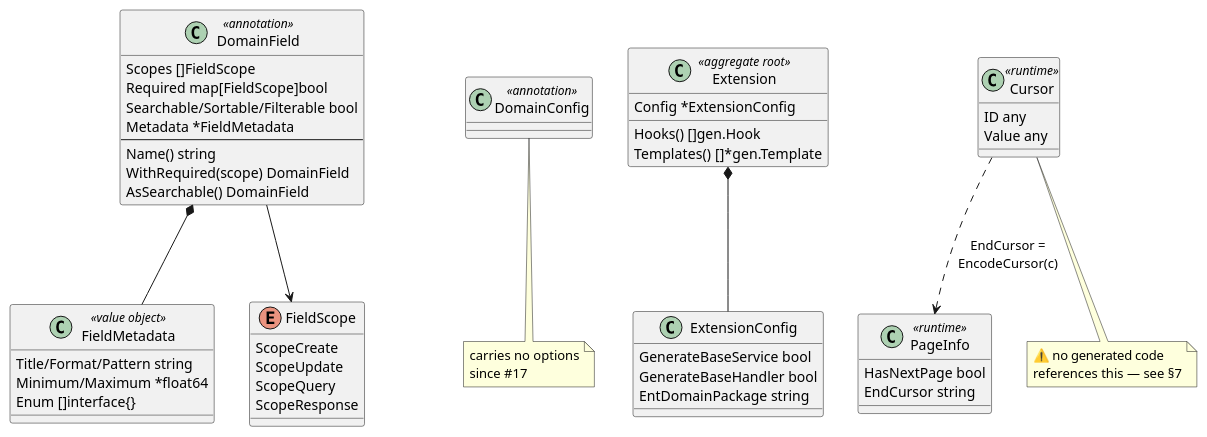
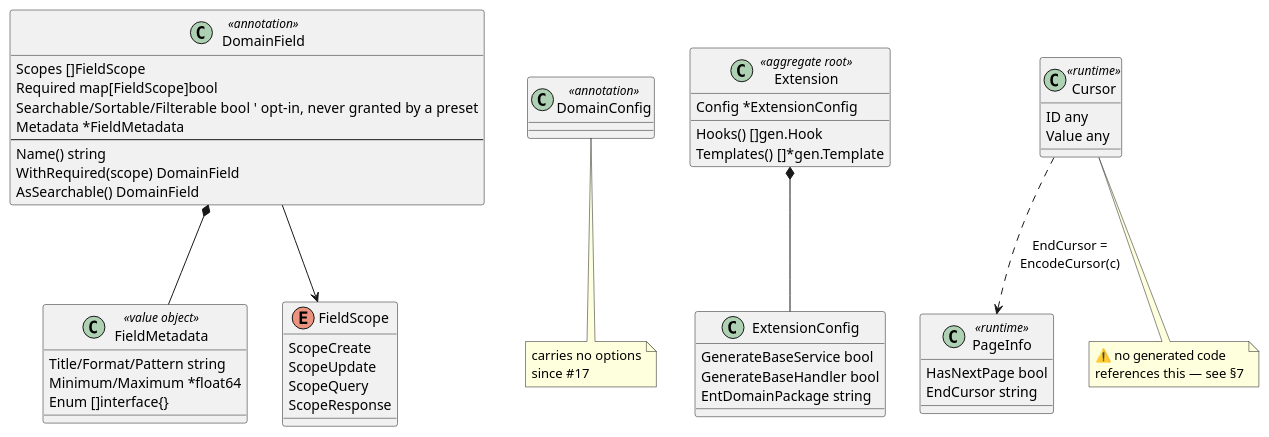
Before and after one commit to githonllc/entapi: the third of 5 diagrams in ARCHITECTURE.md, drawn with PlantUML. The commit also changed other lines of this file and 43 other files, not shown here.

````diff
--- a/ARCHITECTURE.md
+++ b/ARCHITECTURE.md
@@ -133,52 +133,52 @@
 ```plantuml
 @startuml
 skinparam classAttributeIconSize 0
 class DomainField <<annotation>> {
   Scopes []FieldScope
   Required map[FieldScope]bool
-  Searchable/Sortable/Filterable bool
+  Searchable/Sortable/Filterable bool  ' opt-in, never granted by a preset
   Metadata *FieldMetadata
   --
   Name() string
   WithRequired(scope) DomainField
   AsSearchable() DomainField
 }
 class FieldMetadata <<value object>> {
   Title/Format/Pattern string
   Minimum/Maximum *float64
   Enum []interface{}
 }
 enum FieldScope {
   ScopeCreate
   ScopeUpdate
   ScopeQuery
   ScopeResponse
 }
 class DomainConfig <<annotation>> {
 }
 note bottom of DomainConfig : carries no options\nsince #17
 class Extension <<aggregate root>> {
   Config *ExtensionConfig
   Hooks() []gen.Hook
   Templates() []*gen.Template
 }
 class ExtensionConfig {
   GenerateBaseService bool
   GenerateBaseHandler bool
   EntDomainPackage string
 }
 class PageInfo <<runtime>> {
   HasNextPage bool
   EndCursor string
 }
 class Cursor <<runtime>> {
   ID any
   Value any
 }
 DomainField *-- FieldMetadata
 DomainField --> FieldScope
 Extension *-- ExtensionConfig
 Cursor ..> PageInfo : EndCursor =\nEncodeCursor(c)
 note bottom of Cursor : ⚠️ no generated code\nreferences this — see §7
 @enduml
 ```
````
